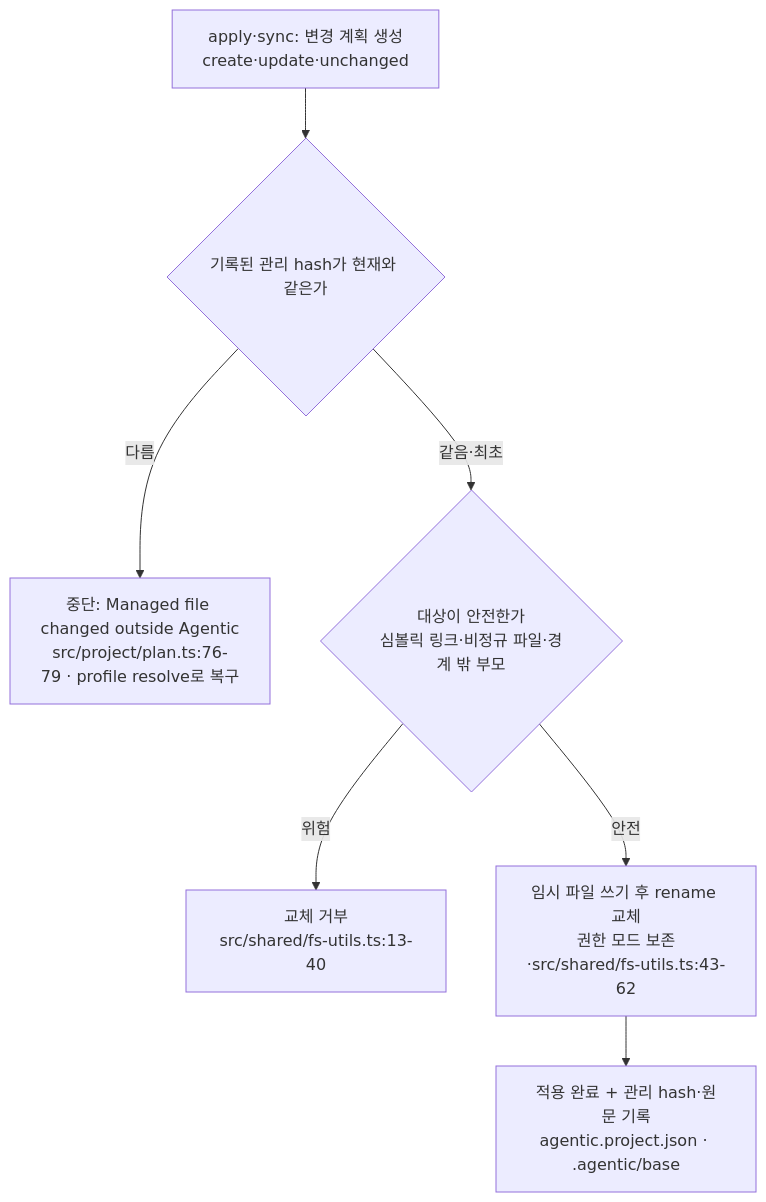
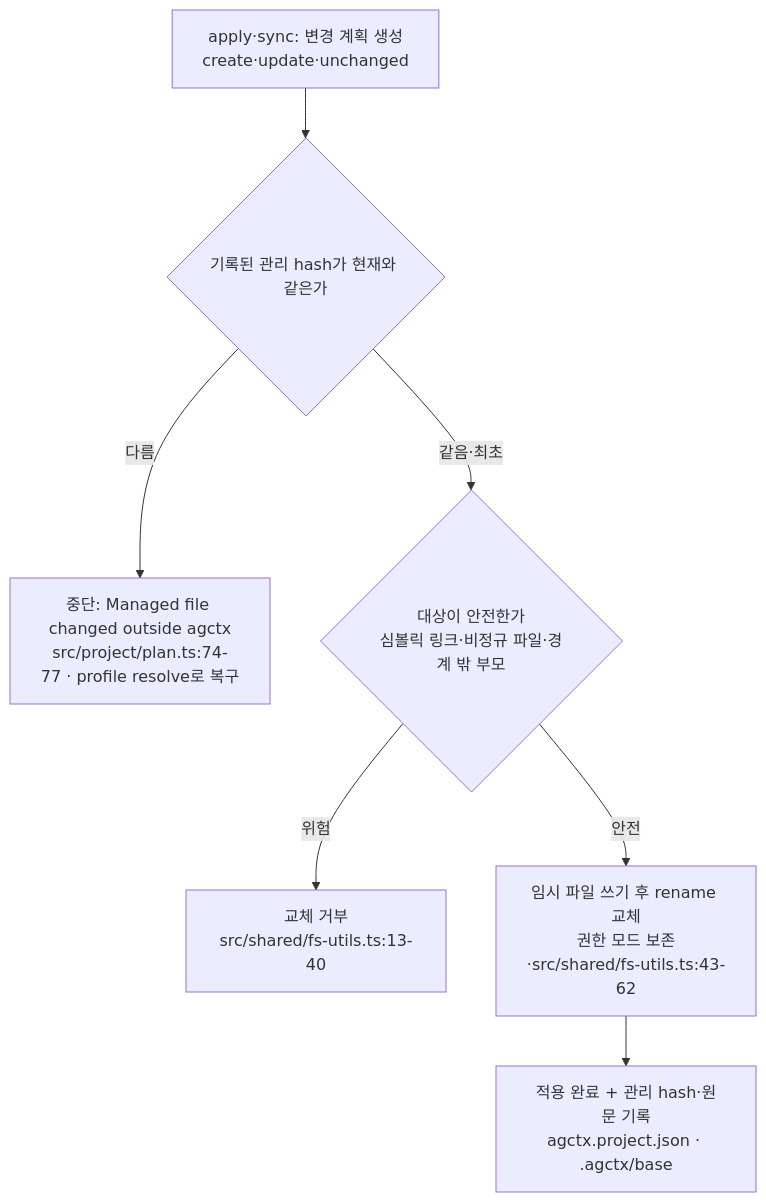
The fourth of 6 diagrams in docs/implementation-principles.md (IsthisLee/agent-context-manager), drawn with Mermaid before and after one commit. The commit also changed other lines of this file and 73 other files, not shown here.

````diff
--- a/docs/implementation-principles.md
+++ b/docs/implementation-principles.md
@@ -419,9 +416,9 @@
 ```mermaid
 flowchart TD
   P["apply·sync: 변경 계획 생성<br/>create·update·unchanged"] --> H{"기록된 관리 hash가 현재와 같은가"}
-  H -->|"다름"| STOP["중단: Managed file changed outside Agentic<br/>src/project/plan.ts:76-79 · profile resolve로 복구"]
+  H -->|"다름"| STOP["중단: Managed file changed outside agctx<br/>src/project/plan.ts:74-77 · profile resolve로 복구"]
   H -->|"같음·최초"| SAFE{"대상이 안전한가<br/>심볼릭 링크·비정규 파일·경계 밖 부모"}
   SAFE -->|"위험"| REFUSE["교체 거부<br/>src/shared/fs-utils.ts:13-40"]
   SAFE -->|"안전"| ATOM["임시 파일 쓰기 후 rename 교체<br/>권한 모드 보존·src/shared/fs-utils.ts:43-62"]
-  ATOM --> DONE["적용 완료 + 관리 hash·원문 기록<br/>agentic.project.json · .agentic/base"]
+  ATOM --> DONE["적용 완료 + 관리 hash·원문 기록<br/>agctx.project.json · .agctx/base"]
 ```
````
